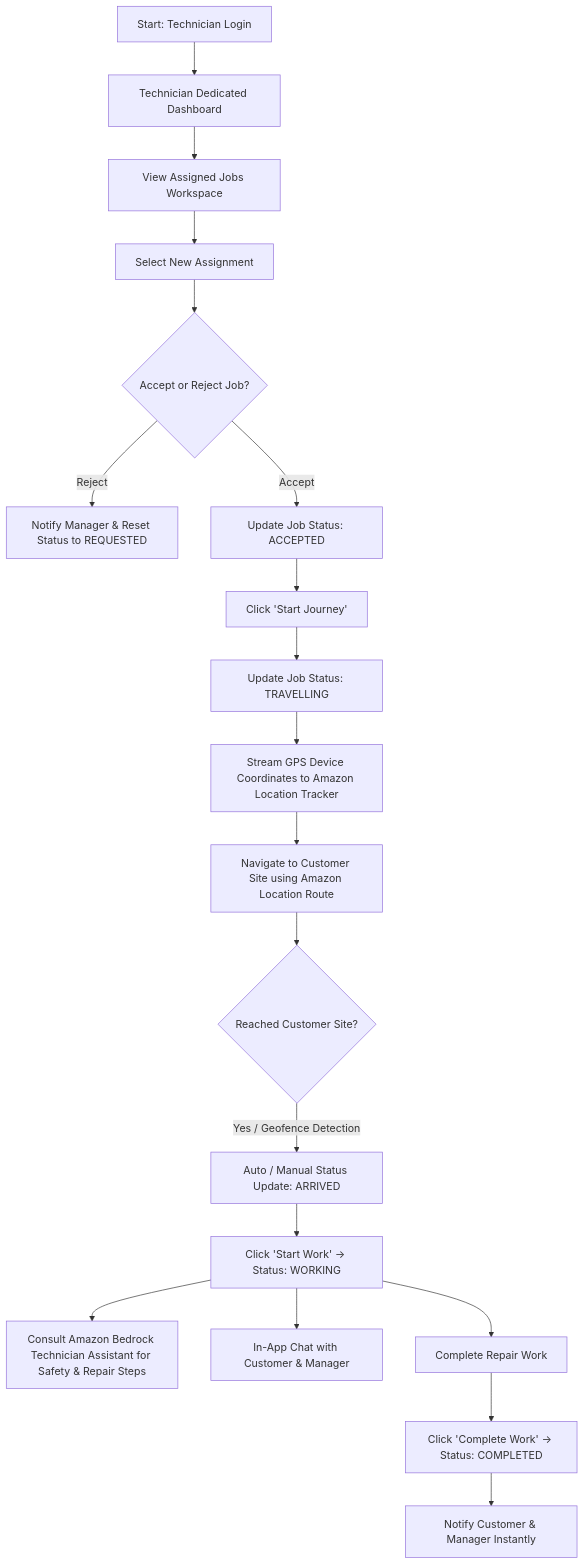
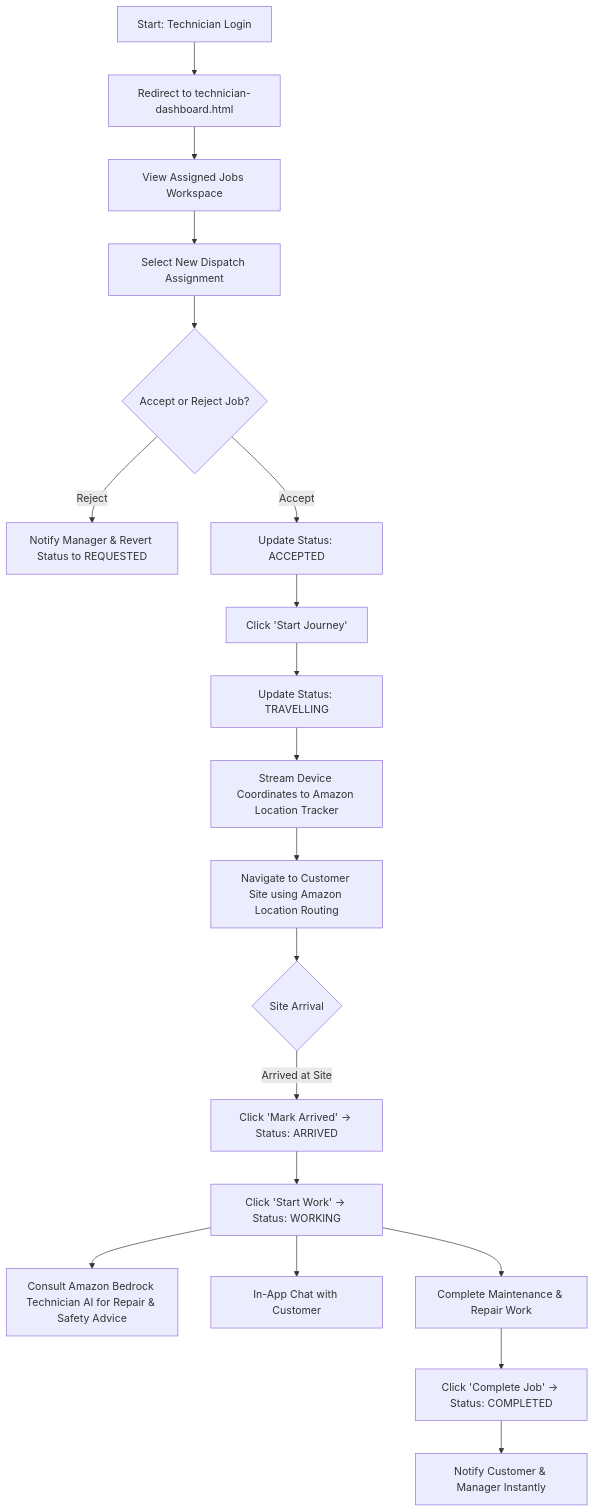
One commit to KAVATIJOHNSHREYAN/AWS_HACKATHON_TEAM_PROJECT changed the third of 4 diagrams in FLOWCHARTS.md. Above: the diagram before and after it, drawn with Mermaid. The commit also changed other lines of this file and 1 other file, not shown here.

Commit message:
Update README and FLOWCHARTS documentation for multi-page RBAC, Customer actions, and SW v3

````diff
--- a/FLOWCHARTS.md
+++ b/FLOWCHARTS.md
@@ -77,27 +83,27 @@
 ```mermaid
 flowchart TD
-    A[Start: Technician Login] --> B[Technician Dedicated Dashboard]
+    A[Start: Technician Login] --> B[Redirect to technician-dashboard.html]
     B --> C[View Assigned Jobs Workspace]
     
-    C --> D[Select New Assignment]
+    C --> D[Select New Dispatch Assignment]
     D --> E{Accept or Reject Job?}
-    E -- Reject --> F[Notify Manager & Reset Status to REQUESTED]
-    E -- Accept --> G[Update Job Status: ACCEPTED]
+    E -- Reject --> F[Notify Manager & Revert Status to REQUESTED]
+    E -- Accept --> G[Update Status: ACCEPTED]
     
     G --> H[Click 'Start Journey']
-    H --> I[Update Job Status: TRAVELLING]
-    I --> J[Stream GPS Device Coordinates to Amazon Location Tracker]
+    H --> I[Update Status: TRAVELLING]
+    I --> J[Stream Device Coordinates to Amazon Location Tracker]
     
-    J --> K[Navigate to Customer Site using Amazon Location Route]
-    K --> L{Reached Customer Site?}
+    J --> K[Navigate to Customer Site using Amazon Location Routing]
+    K --> L{Site Arrival}
     
-    L -- Yes / Geofence Detection --> M[Auto / Manual Status Update: ARRIVED]
+    L -- Arrived at Site --> M[Click 'Mark Arrived' -> Status: ARRIVED]
     M --> N[Click 'Start Work' -> Status: WORKING]
     
-    N --> O[Consult Amazon Bedrock Technician Assistant for Safety & Repair Steps]
-    N --> P[In-App Chat with Customer & Manager]
+    N --> O[Consult Amazon Bedrock Technician AI for Repair & Safety Advice]
+    N --> P[In-App Chat with Customer]
     
-    N --> Q[Complete Repair Work]
-    Q --> R[Click 'Complete Work' -> Status: COMPLETED]
+    N --> Q[Complete Maintenance & Repair Work]
+    Q --> R[Click 'Complete Job' -> Status: COMPLETED]
     R --> S[Notify Customer & Manager Instantly]
 ```
````
